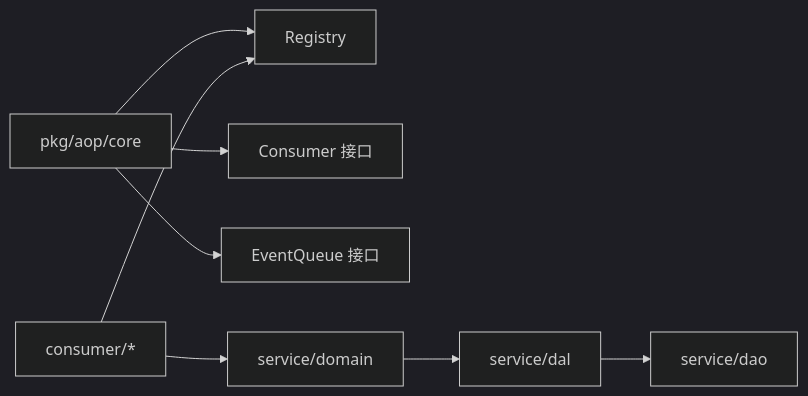
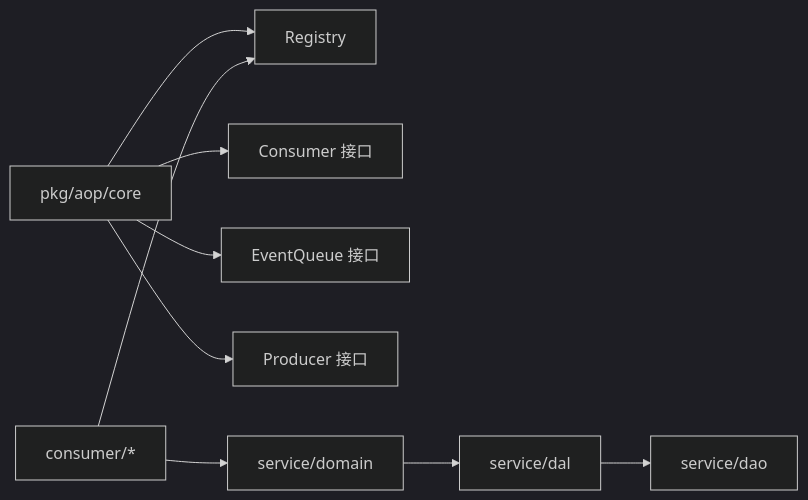
One commit to runningcoders/ai_orz changed the fifth of 5 diagrams in docs/wiki/zh/content/核心模块/AOP 事件系统/消费者框架/消费者接口规范.md. Above: the diagram before and after it, drawn with Mermaid (dark theme). The commit also changed other lines of this file and 37 other files, not shown here.

````diff
--- a/docs/wiki/zh/content/核心模块/AOP 事件系统/消费者框架/消费者接口规范.md
+++ b/docs/wiki/zh/content/核心模块/AOP 事件系统/消费者框架/消费者接口规范.md
@@ -294,10 +316,11 @@
 ```mermaid
 graph LR
 AOP_CORE["pkg/aop/core"] --> REG["Registry"]
 AOP_CORE --> CONSUMER_IF["Consumer 接口"]
 AOP_CORE --> QUEUE_IF["EventQueue 接口"]
+AOP_CORE --> PROD_IF["Producer 接口"]
 CONSUMERS["consumer/*"] --> REG
 CONSUMERS --> DOMAIN["service/domain"]
 DOMAIN --> DAL["service/dal"]
 DAL --> DAO["service/dao"]
 ```
````
